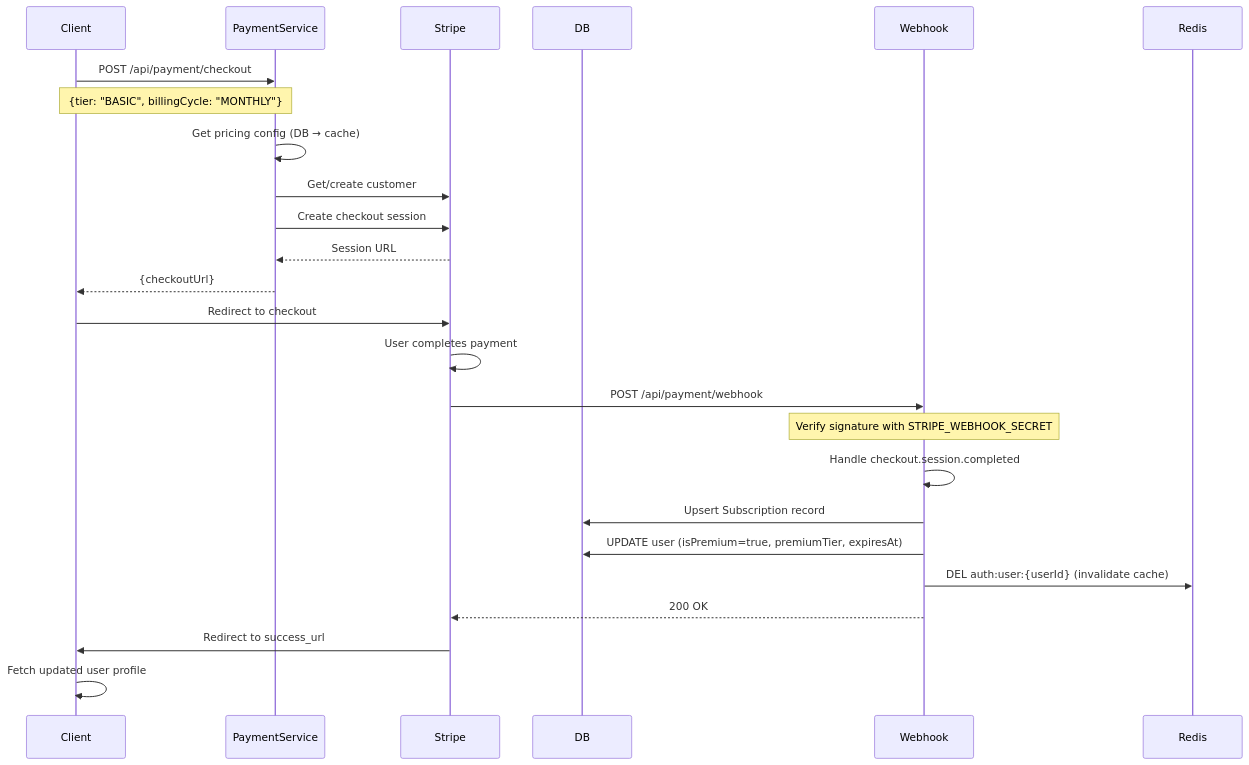
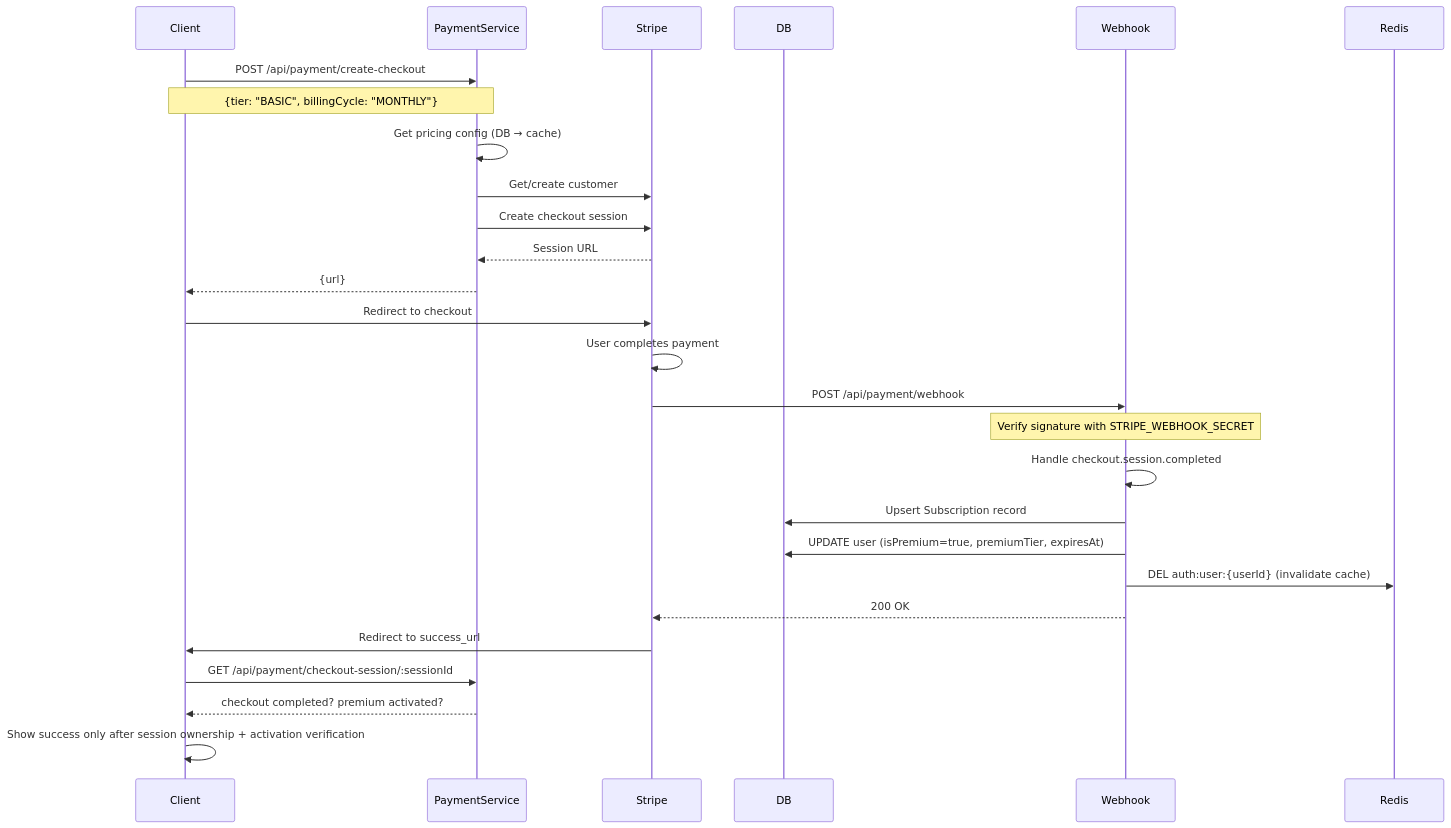
One commit to haidonglethqb/VirtualGfriend changed the diagram in docs/system/data-flows/purchase-flow.md. Above: the diagram before and after it, drawn with Mermaid. The commit also changed other lines of this file and 45 other files, not shown here.

````diff
--- a/docs/system/data-flows/purchase-flow.md
+++ b/docs/system/data-flows/purchase-flow.md
@@ -8,29 +8,31 @@
 ```mermaid
 sequenceDiagram
     participant Client
     participant PaymentService
     participant Stripe
     participant DB
     participant Webhook
 
-    Client->>PaymentService: POST /api/payment/checkout
+    Client->>PaymentService: POST /api/payment/create-checkout
     Note over Client,PaymentService: {tier: "BASIC", billingCycle: "MONTHLY"}
     PaymentService->>PaymentService: Get pricing config (DB → cache)
     PaymentService->>Stripe: Get/create customer
     PaymentService->>Stripe: Create checkout session
     Stripe-->>PaymentService: Session URL
-    PaymentService-->>Client: {checkoutUrl}
+    PaymentService-->>Client: {url}
 
     Client->>Stripe: Redirect to checkout
     Stripe->>Stripe: User completes payment
     Stripe->>Webhook: POST /api/payment/webhook
     Note over Webhook: Verify signature with STRIPE_WEBHOOK_SECRET
     Webhook->>Webhook: Handle checkout.session.completed
     Webhook->>DB: Upsert Subscription record
     Webhook->>DB: UPDATE user (isPremium=true, premiumTier, expiresAt)
     Webhook->>Redis: DEL auth:user:{userId} (invalidate cache)
     Webhook-->>Stripe: 200 OK
 
     Stripe->>Client: Redirect to success_url
-    Client->>Client: Fetch updated user profile
+    Client->>PaymentService: GET /api/payment/checkout-session/:sessionId
+    PaymentService-->>Client: checkout completed? premium activated?
+    Client->>Client: Show success only after session ownership + activation verification
 ```
````
